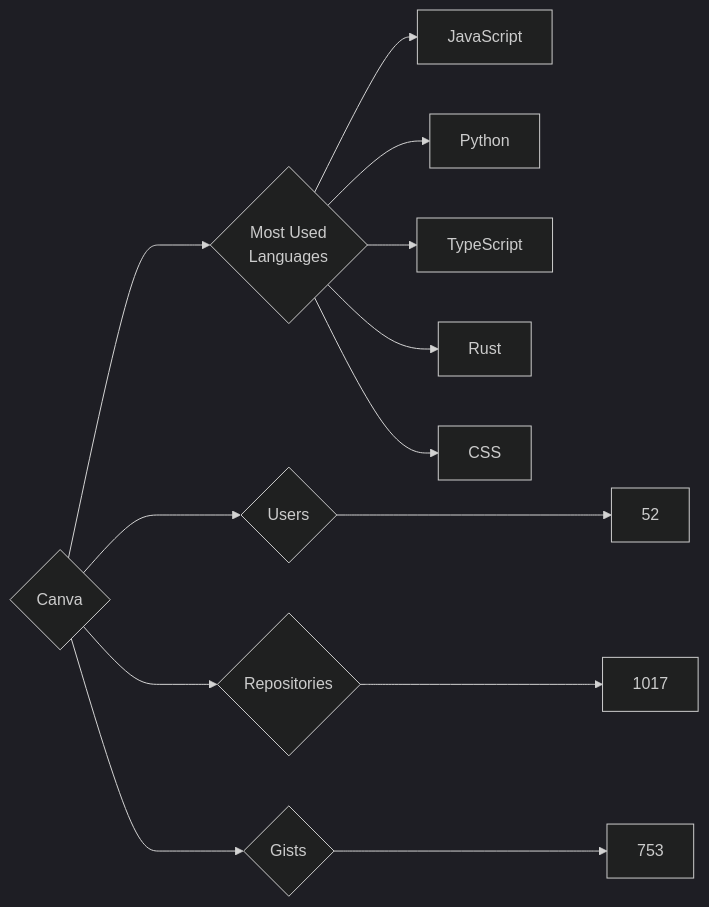
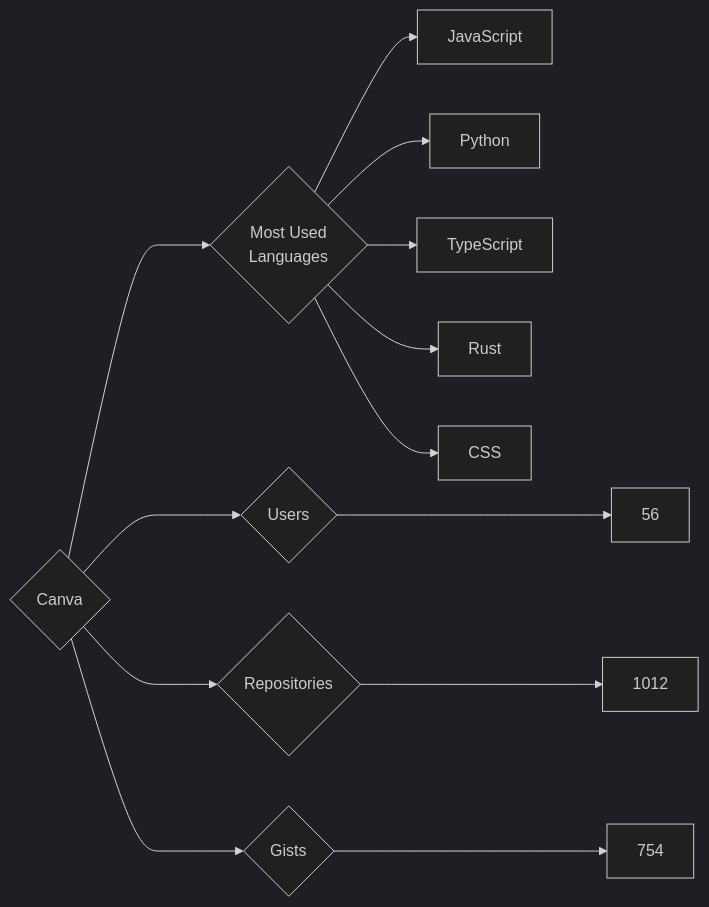
Before and after one commit to trickest/insiders: the diagram in targets/Canva/README.md, drawn with Mermaid (dark theme). The commit also changed 809 other files, not shown here.

````diff
--- a/targets/Canva/README.md
+++ b/targets/Canva/README.md
@@ -3,13 +3,13 @@
 ```mermaid
 graph LR
 COMPANY_NAME{Canva}
-COMPANY_NAME ---> U{Users} ---> UN[52]
-COMPANY_NAME ---> R{Repositories} ---> RN[1017]
-COMPANY_NAME ---> G{Gists} ---> GN[753]
+COMPANY_NAME ---> U{Users} ---> UN[56]
+COMPANY_NAME ---> R{Repositories} ---> RN[1012]
+COMPANY_NAME ---> G{Gists} ---> GN[754]
 COMPANY_NAME ---> ML{Most Used<br>Languages}
 ML --> JavaScript[JavaScript]
 ML --> Python[Python]
 ML --> TypeScript[TypeScript]
 ML --> Rust[Rust]
 ML --> CSS[CSS]
 ```
````
